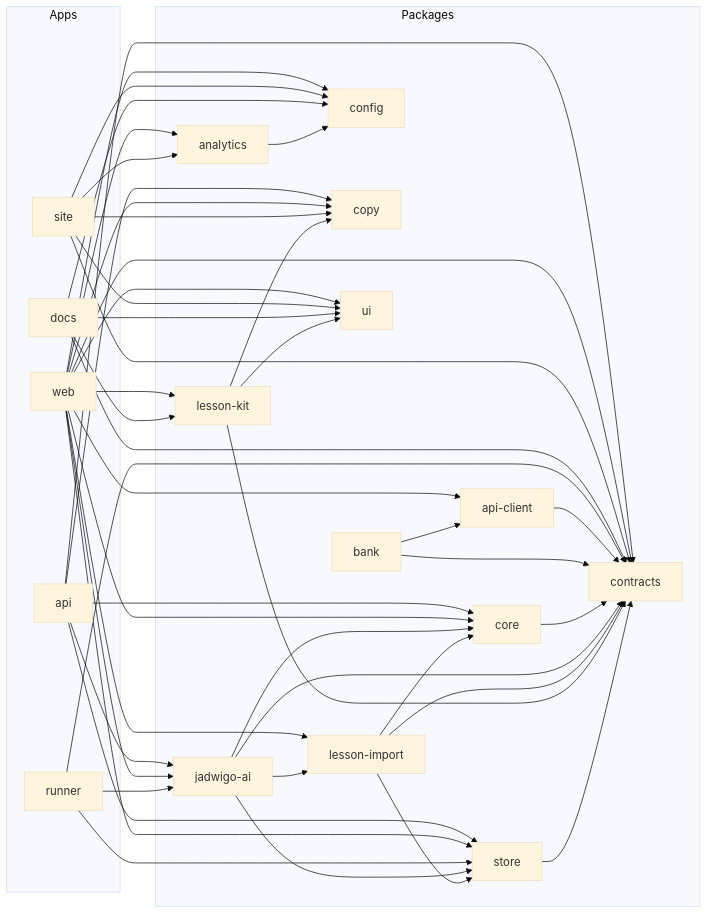
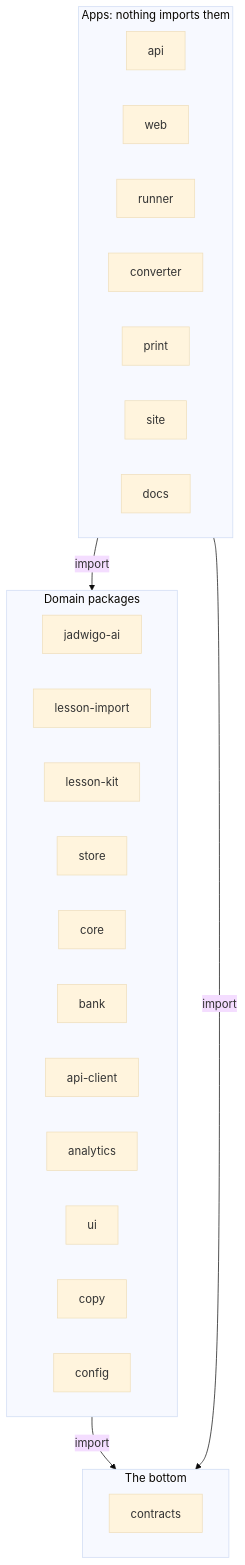
Before and after one commit to vasyl-stanislavchuk/jadwigo-hackathon: the diagram in apps/docs/src/lib/diagrams/monorepo.mmd, drawn with Mermaid (base theme). The commit also changed 69 other files, not shown here.

First line of the commit message:
dl-5ssh.90.53.20: architecture as a C4 ladder, every diagram redrawn in Medallion

```diff
--- a/apps/docs/src/lib/diagrams/monorepo.mmd
+++ b/apps/docs/src/lib/diagrams/monorepo.mmd
@@ -1,66 +1,29 @@
-flowchart LR
-  subgraph apps [Apps]
+flowchart TB
+  subgraph apps [Apps: nothing imports them]
     api
     web
+    runner
+    converter
+    print
     site
     docs
-    runner
   end
-  subgraph packages [Packages]
-    analytics
-    api_client["api-client"]
-    bank
-    config
-    contracts
-    copy
-    core
+  subgraph domain [Domain packages]
     jadwigo_ai["jadwigo-ai"]
     lesson_import["lesson-import"]
     lesson_kit["lesson-kit"]
     store
+    core
+    bank
+    api_client["api-client"]
+    analytics
     ui
+    copy
+    config
   end
-  api --> contracts
-  api --> copy
-  api --> core
-  api --> jadwigo_ai
-  api --> store
-  web --> analytics
-  web --> api_client
-  web --> config
-  web --> contracts
-  web --> copy
-  web --> core
-  web --> jadwigo_ai
-  web --> lesson_import
-  web --> lesson_kit
-  web --> store
-  web --> ui
-  site --> analytics
-  site --> config
-  site --> contracts
-  site --> copy
-  site --> ui
-  docs --> config
-  docs --> contracts
-  docs --> lesson_kit
-  docs --> ui
-  runner --> contracts
-  runner --> jadwigo_ai
-  runner --> store
-  analytics --> config
-  api_client --> contracts
-  bank --> api_client
-  bank --> contracts
-  core --> contracts
-  jadwigo_ai --> contracts
-  jadwigo_ai --> core
-  jadwigo_ai --> lesson_import
-  jadwigo_ai --> store
-  lesson_import --> contracts
-  lesson_import --> core
-  lesson_import --> store
-  lesson_kit --> contracts
-  lesson_kit --> copy
-  lesson_kit --> ui
-  store --> contracts
+  subgraph bottom [The bottom]
+    contracts
+  end
+  apps -- import --> domain
+  domain -- import --> bottom
+  apps -- import --> bottom
```
